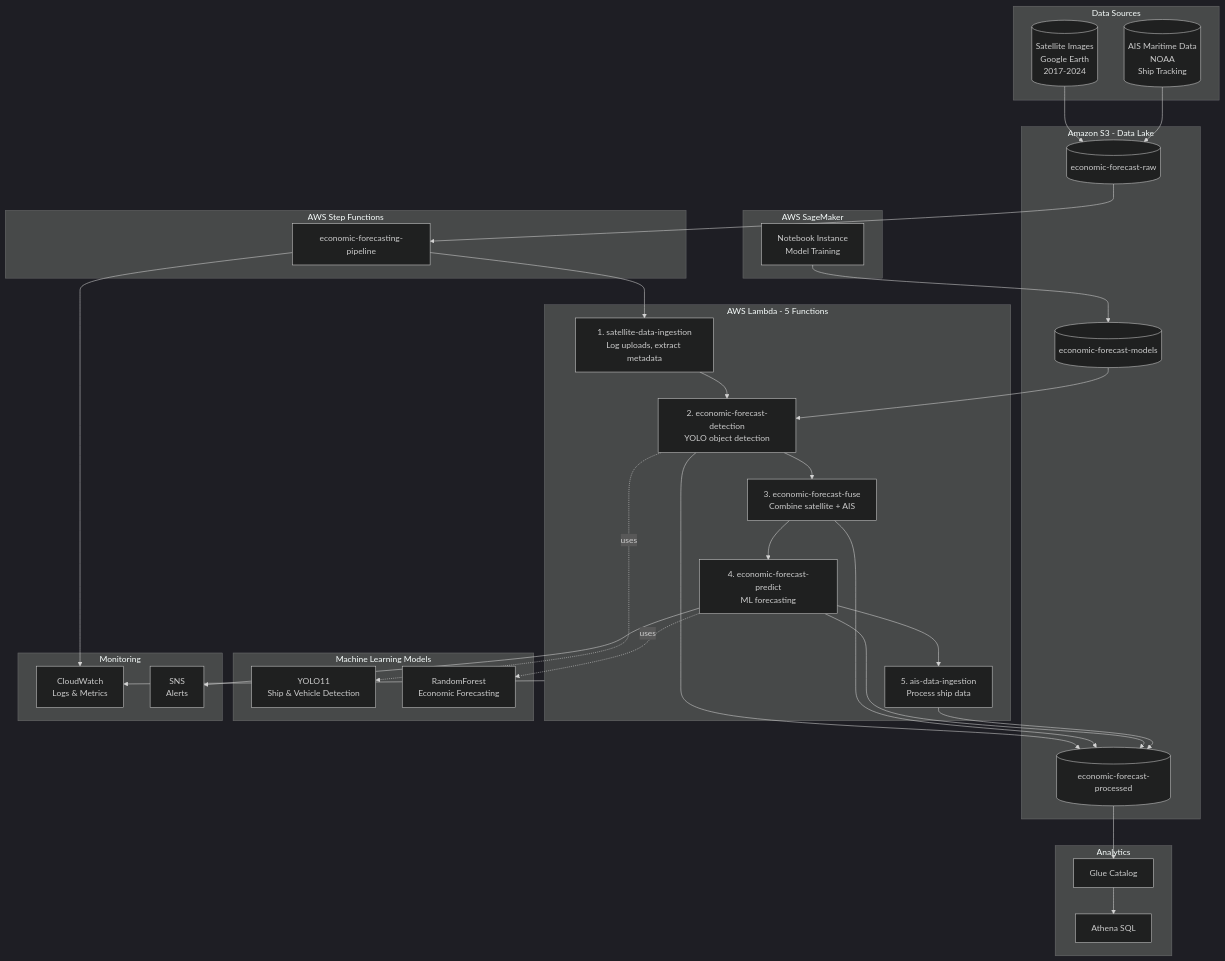
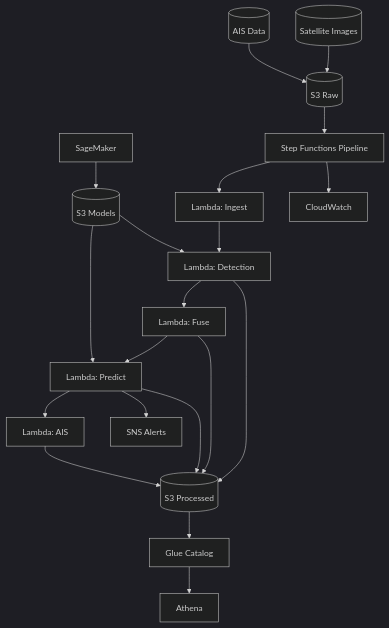
Before and after one commit to amansahu205/Real-Time-Economic-Forecasting: the first of 4 diagrams in docs/architecture_diagram.md, drawn with Mermaid (dark theme).

Commit message:
Simplify Mermaid diagram syntax

````diff
--- a/docs/architecture_diagram.md
+++ b/docs/architecture_diagram.md
@@ -5,79 +5,29 @@
 ```mermaid
-flowchart TB
-    subgraph DataSources["Data Sources"]
-        SAT[("Satellite Images<br/>Google Earth<br/>2017-2024")]
-        AIS[("AIS Maritime Data<br/>NOAA<br/>Ship Tracking")]
-    end
-
-    subgraph S3["Amazon S3 - Data Lake"]
-        RAW[("economic-forecast-raw")]
-        PROC[("economic-forecast-processed")]
-        MODELS[("economic-forecast-models")]
-    end
-
-    subgraph SF["AWS Step Functions"]
-        PIPELINE["economic-forecasting-pipeline"]
-    end
-
-    subgraph Lambda["AWS Lambda - 5 Functions"]
-        L1["1. satellite-data-ingestion<br/>Log uploads, extract metadata"]
-        L2["2. economic-forecast-detection<br/>YOLO object detection"]
-        L3["3. economic-forecast-fuse<br/>Combine satellite + AIS"]
-        L4["4. economic-forecast-predict<br/>ML forecasting"]
-        L5["5. ais-data-ingestion<br/>Process ship data"]
-    end
-
-    subgraph ML["Machine Learning Models"]
-        YOLO["YOLO11<br/>Ship & Vehicle Detection"]
-        RF["RandomForest<br/>Economic Forecasting"]
-    end
-
-    subgraph Monitor["Monitoring"]
-        CW["CloudWatch<br/>Logs & Metrics"]
-        SNS["SNS<br/>Alerts"]
-    end
-
-    subgraph Analytics["Analytics"]
-        GLUE["Glue Catalog"]
-        ATHENA["Athena SQL"]
-    end
-
-    subgraph SageMaker["AWS SageMaker"]
-        NB["Notebook Instance<br/>Model Training"]
-    end
-
-    %% Data ingestion
-    SAT --> RAW
-    AIS --> RAW
-
-    %% Pipeline flow
-    RAW --> PIPELINE
-    PIPELINE --> L1
-    L1 --> L2
-    L2 --> L3
-    L3 --> L4
-    L4 --> L5
-
-    %% ML connections
-    MODELS --> L2
-    L2 -.->|uses| YOLO
-    L4 -.->|uses| RF
-
-    %% Output storage
-    L2 --> PROC
+graph TD
+    SAT[(Satellite Images)] --> RAW[(S3 Raw)]
+    AIS[(AIS Data)] --> RAW
+    
+    RAW --> SF[Step Functions Pipeline]
+    
+    SF --> L1[Lambda: Ingest]
+    L1 --> L2[Lambda: Detection]
+    L2 --> L3[Lambda: Fuse]
+    L3 --> L4[Lambda: Predict]
+    L4 --> L5[Lambda: AIS]
+    
+    L2 --> PROC[(S3 Processed)]
     L3 --> PROC
     L4 --> PROC
     L5 --> PROC
-
-    %% Analytics
-    PROC --> GLUE
-    GLUE --> ATHENA
-
-    %% Monitoring
-    Lambda --> CW
-    PIPELINE --> CW
-    L4 --> SNS
-
-    %% SageMaker
-    NB --> MODELS
+    
+    MODELS[(S3 Models)] --> L2
+    MODELS --> L4
+    
+    PROC --> GLUE[Glue Catalog]
+    GLUE --> ATHENA[Athena]
+    
+    SF --> CW[CloudWatch]
+    L4 --> SNS[SNS Alerts]
+    
+    SM[SageMaker] --> MODELS
 ```
````
